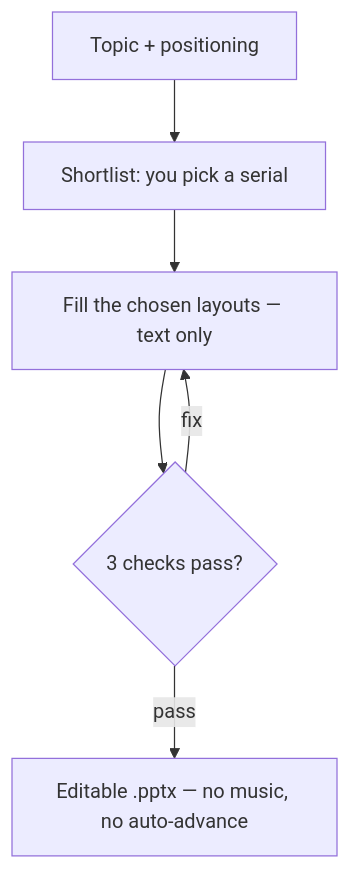
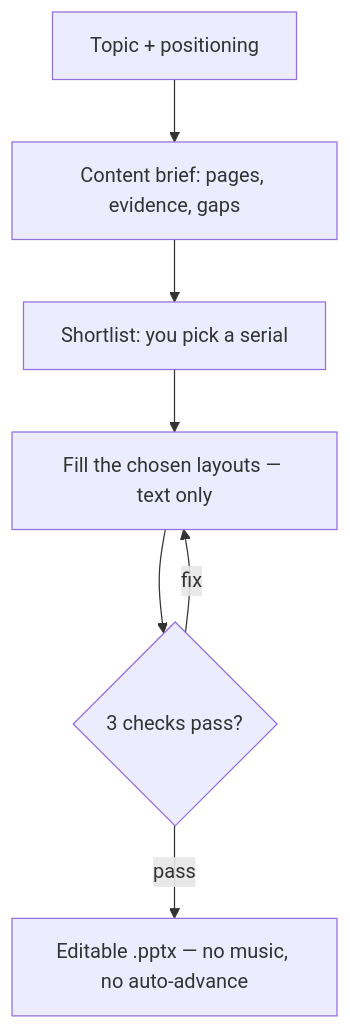
One commit to Longfei-Tao/xmu-ppt changed the diagram in README.md. Above: the diagram before and after it, drawn with Mermaid. The commit also changed other lines of this file and 7 other files, not shown here.

Commit message:
feat: add content brief gate before template selection

````diff
--- a/README.md
+++ b/README.md
@@ -54,8 +54,9 @@
 ```mermaid
 flowchart TD
-    A["Topic + positioning"] --> B["Shortlist: you pick a serial"]
+    A["Topic + positioning"] --> A2["Content brief: pages, evidence, gaps"]
+    A2 --> B["Shortlist: you pick a serial"]
     B --> C["Fill the chosen layouts — text only"]
     C --> D{"3 checks pass?"}
     D -->|"fix"| C
     D -->|"pass"| E["Editable .pptx — no music, no auto-advance"]
 ```
````
